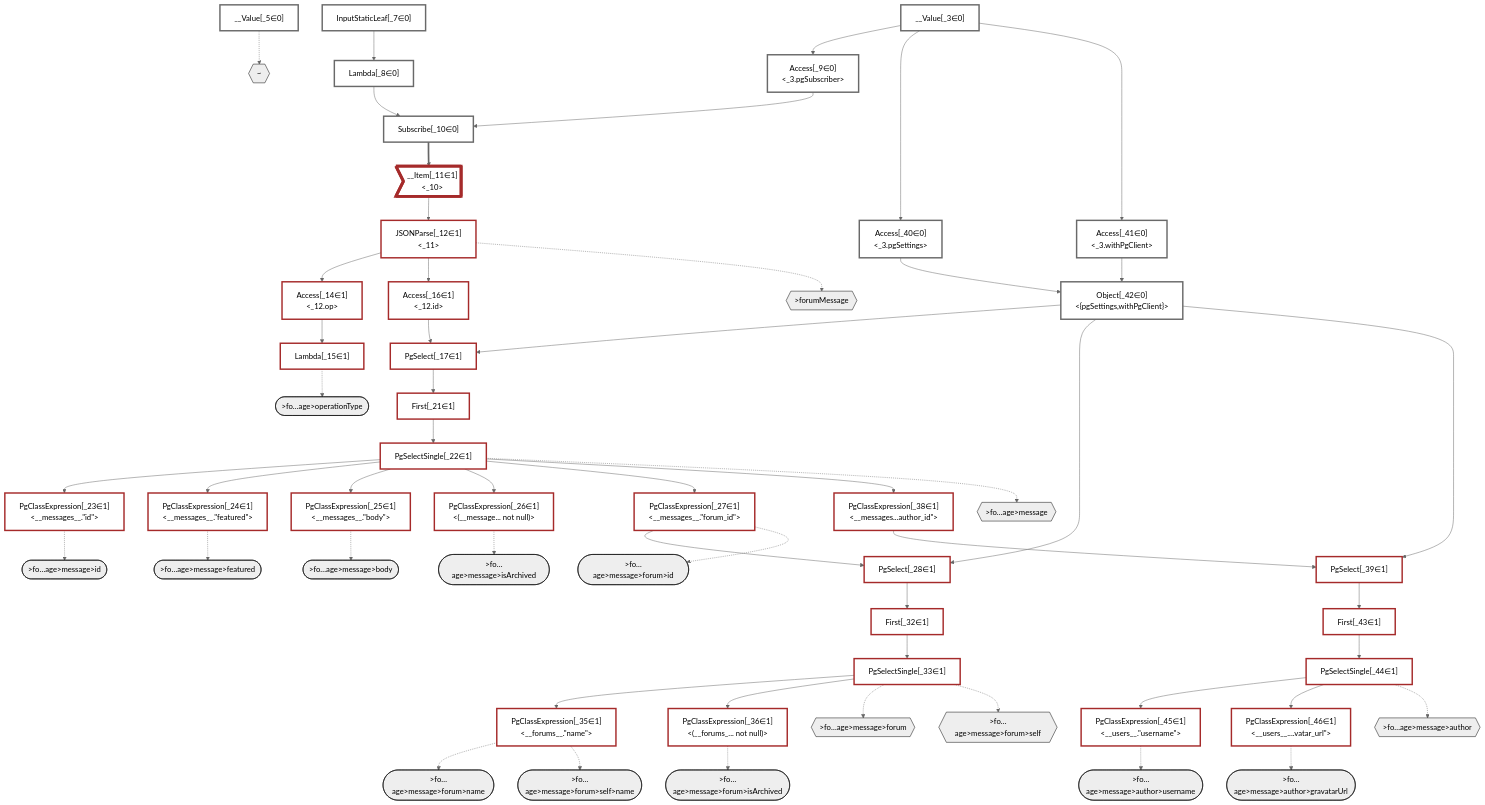
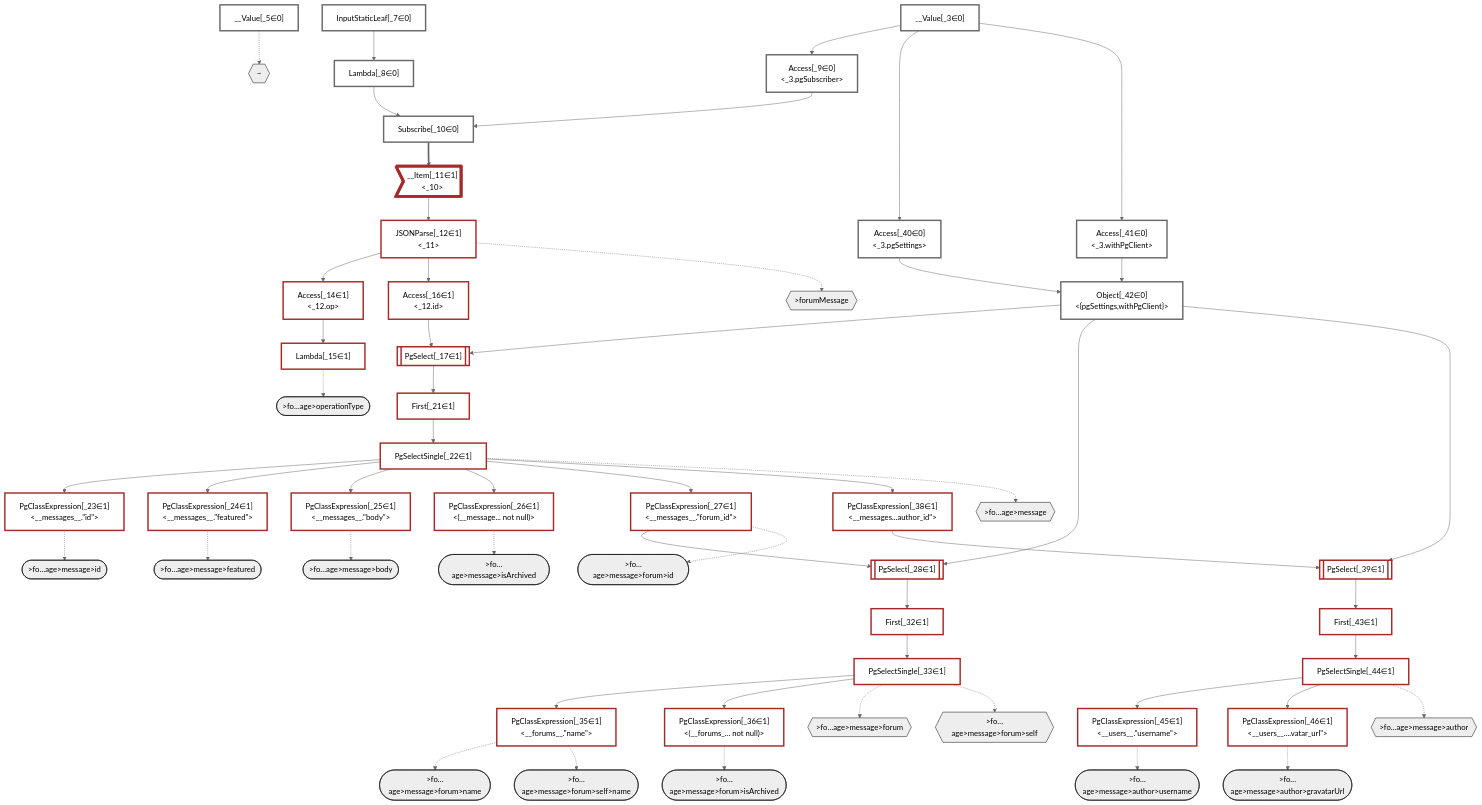
One commit to graphile/crystal changed the diagram in packages/dataplan-pg/__tests__/subscriptions/basics/forum-messages.deopt.mermaid.md. Above: the diagram before and after it, drawn with Mermaid (neutral theme). The commit also changed 195 other files, not shown here.

```diff
--- a/packages/dataplan-pg/__tests__/subscriptions/basics/forum-messages.deopt.mermaid.md
+++ b/packages/dataplan-pg/__tests__/subscriptions/basics/forum-messages.deopt.mermaid.md
@@ -53,7 +53,7 @@
     Access_14["Access[_14∈1]<br /><_12.op>"]:::plan
     Lambda_15["Lambda[_15∈1]"]:::plan
     Access_16["Access[_16∈1]<br /><_12.id>"]:::plan
-    PgSelect_17["PgSelect[_17∈1]<br /><messages>"]:::plan
+    PgSelect_17[["PgSelect[_17∈1]<br /><messages>"]]:::plan
     First_21["First[_21∈1]"]:::plan
     PgSelectSingle_22["PgSelectSingle[_22∈1]<br /><messages>"]:::plan
     PgClassExpression_23["PgClassExpression[_23∈1]<br /><__messages__.#quot;id#quot;>"]:::plan
@@ -61,13 +61,13 @@
     PgClassExpression_25["PgClassExpression[_25∈1]<br /><__messages__.#quot;body#quot;>"]:::plan
     PgClassExpression_26["PgClassExpression[_26∈1]<br /><(__message... not null)>"]:::plan
     PgClassExpression_27["PgClassExpression[_27∈1]<br /><__messages__.#quot;forum_id#quot;>"]:::plan
-    PgSelect_28["PgSelect[_28∈1]<br /><forums>"]:::plan
+    PgSelect_28[["PgSelect[_28∈1]<br /><forums>"]]:::plan
     First_32["First[_32∈1]"]:::plan
     PgSelectSingle_33["PgSelectSingle[_33∈1]<br /><forums>"]:::plan
     PgClassExpression_35["PgClassExpression[_35∈1]<br /><__forums__.#quot;name#quot;>"]:::plan
     PgClassExpression_36["PgClassExpression[_36∈1]<br /><(__forums_... not null)>"]:::plan
     PgClassExpression_38["PgClassExpression[_38∈1]<br /><__messages...author_id#quot;>"]:::plan
-    PgSelect_39["PgSelect[_39∈1]<br /><users>"]:::plan
+    PgSelect_39[["PgSelect[_39∈1]<br /><users>"]]:::plan
     Access_40["Access[_40∈0]<br /><_3.pgSettings>"]:::plan
     Access_41["Access[_41∈0]<br /><_3.withPgClient>"]:::plan
     Object_42["Object[_42∈0]<br /><{pgSettings,withPgClient}>"]:::plan
```
